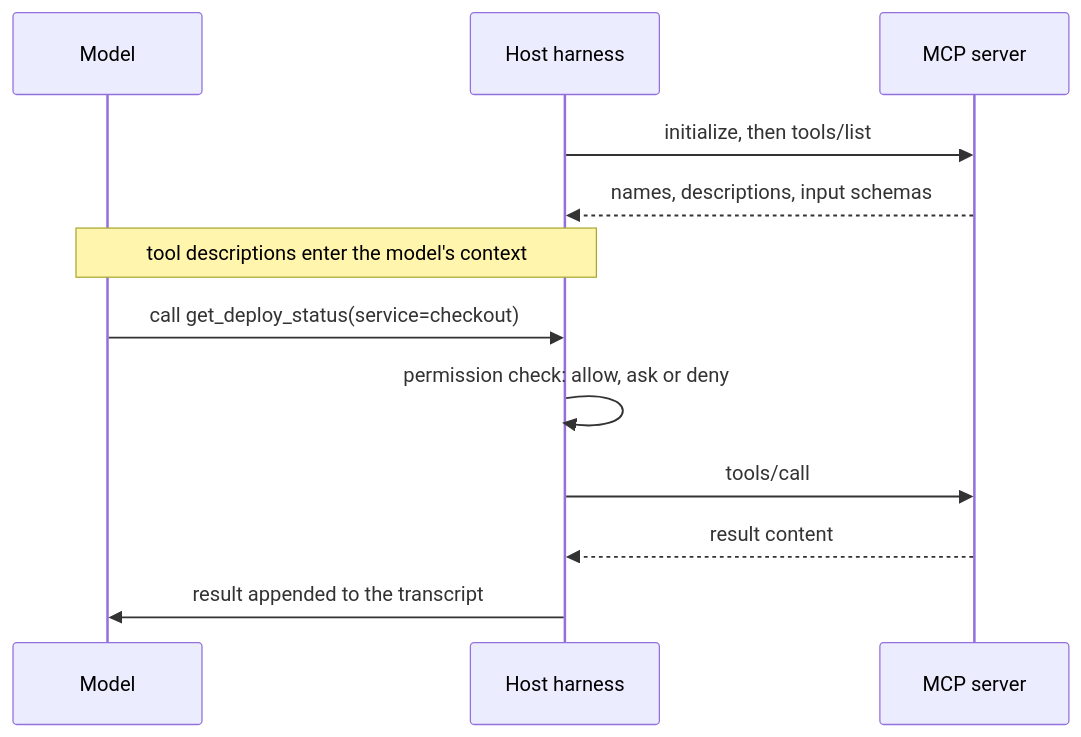
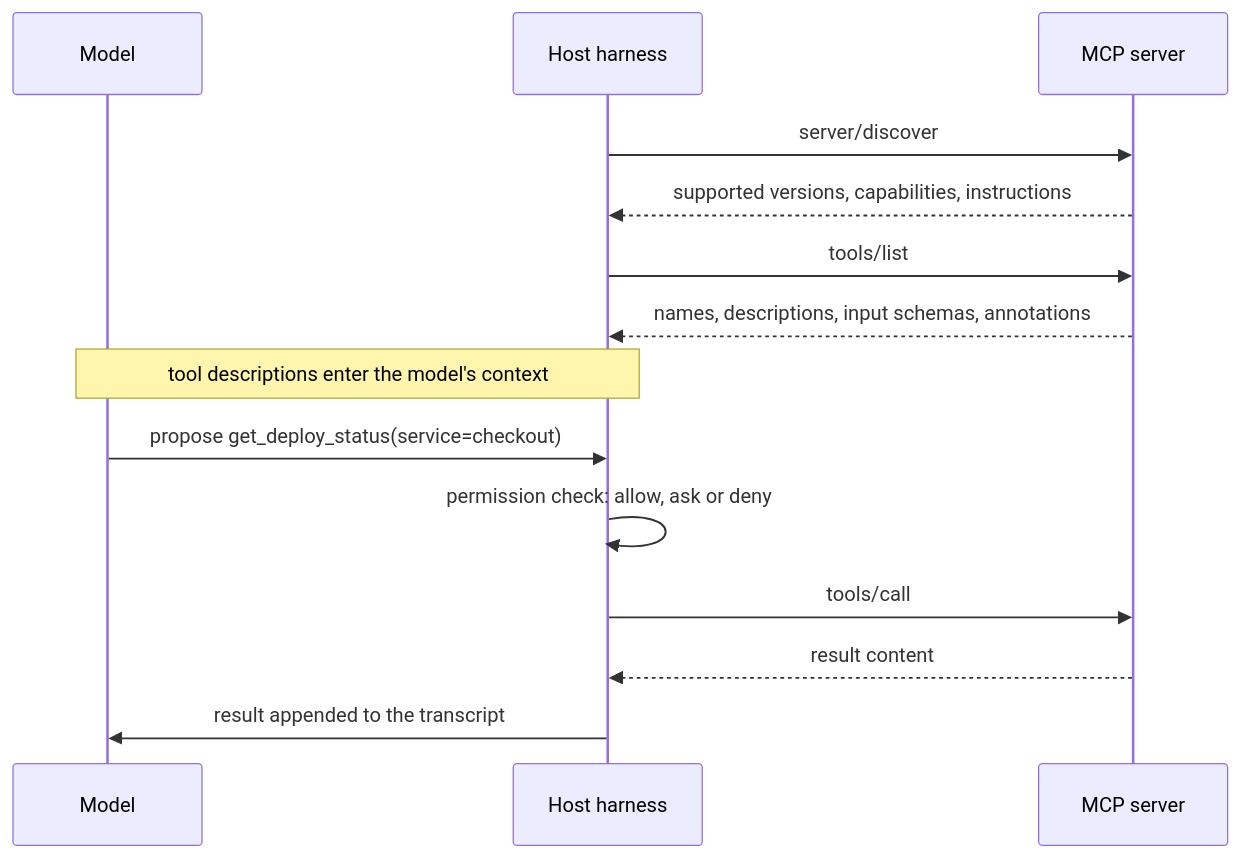
Before and after one commit to thull32/ascend: the diagram in content/tracks/12-ai-assisted-engineering/01-tools-and-workflows/05-mcp-and-integrations.md, drawn with Mermaid. The commit also changed other lines of this file and 96 other files, not shown here.

````diff
--- a/content/tracks/12-ai-assisted-engineering/01-tools-and-workflows/05-mcp-and-integrations.md
+++ b/content/tracks/12-ai-assisted-engineering/01-tools-and-workflows/05-mcp-and-integrations.md
@@ -25,14 +29,16 @@
 ```mermaid
 sequenceDiagram
   participant M as Model
   participant H as Host harness
   participant S as MCP server
-  H->>S: initialize, then tools/list
-  S-->>H: names, descriptions, input schemas
+  H->>S: server/discover
+  S-->>H: supported versions, capabilities, instructions
+  H->>S: tools/list
+  S-->>H: names, descriptions, input schemas, annotations
   Note over H,M: tool descriptions enter the model's context
-  M->>H: call get_deploy_status(service=checkout)
+  M->>H: propose get_deploy_status(service=checkout)
   H->>H: permission check: allow, ask or deny
   H->>S: tools/call
   S-->>H: result content
   H->>M: result appended to the transcript
 ```
````
